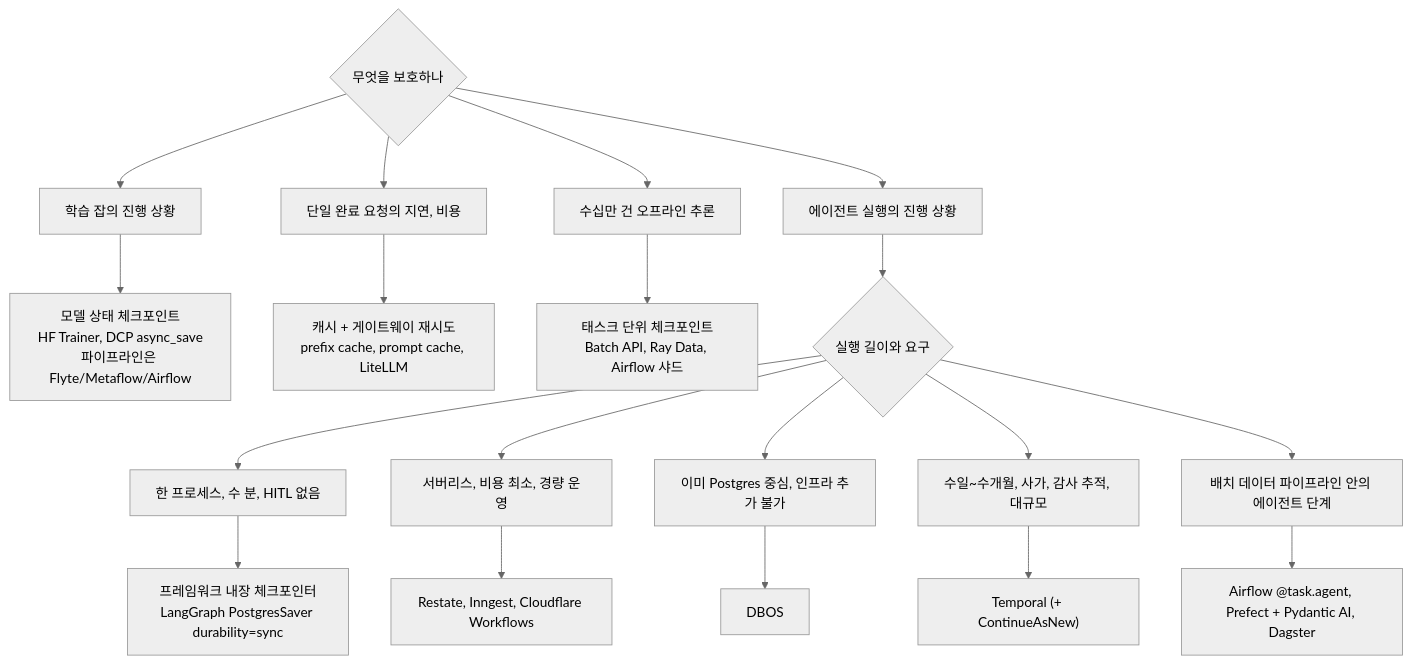
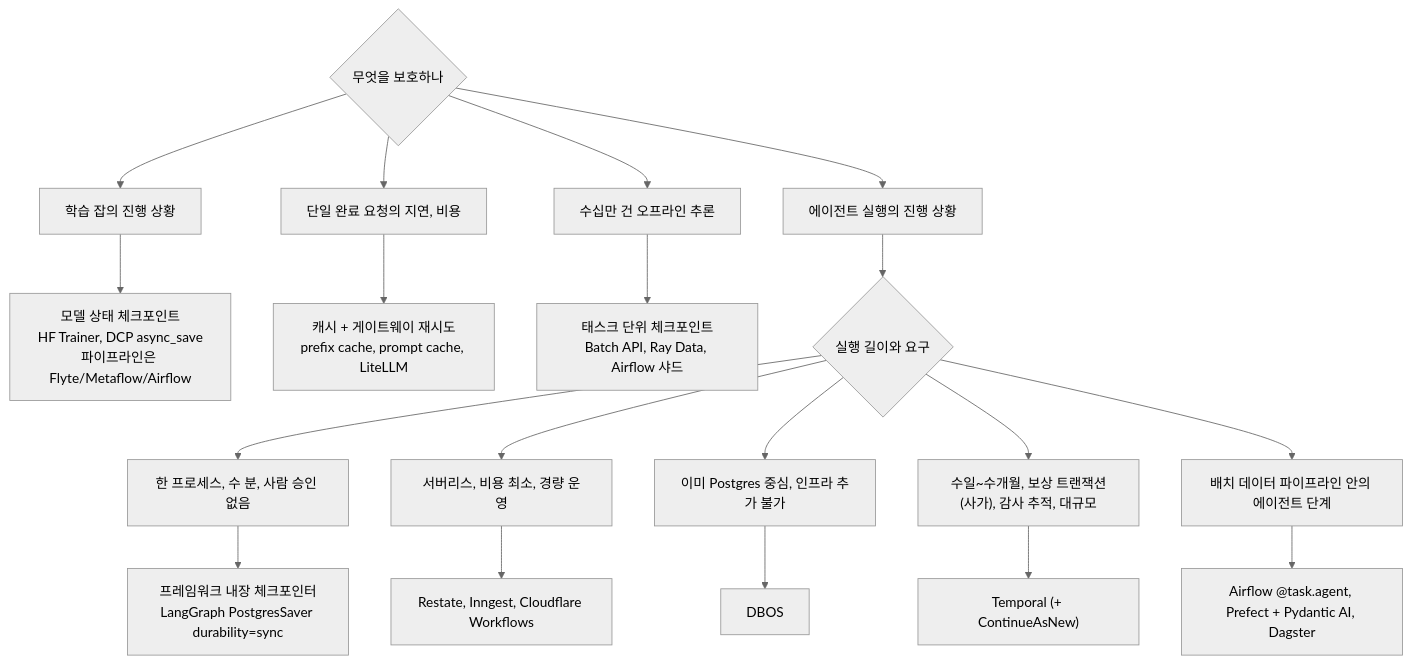
Before and after one commit to dotoryeee/blog: the second of 2 diagrams in docs/posts/AI/agent_checkpoint_durable_execution.md, drawn with Mermaid (neutral theme). The commit also changed other lines of this file and 1 other file, not shown here.

````diff
--- a/docs/posts/AI/agent_checkpoint_durable_execution.md
+++ b/docs/posts/AI/agent_checkpoint_durable_execution.md
@@ -319,21 +319,21 @@
 ```mermaid
 graph TD
     A{"무엇을 보호하나"} --> B["학습 잡의 진행 상황"]
     B --> B2["모델 상태 체크포인트<br>HF Trainer, DCP async_save<br>파이프라인은 Flyte/Metaflow/Airflow"]
     A --> C["단일 완료 요청의 지연, 비용"]
     C --> C2["캐시 + 게이트웨이 재시도<br>prefix cache, prompt cache, LiteLLM"]
     A --> D["수십만 건 오프라인 추론"]
     D --> D2["태스크 단위 체크포인트<br>Batch API, Ray Data, Airflow 샤드"]
     A --> E["에이전트 실행의 진행 상황"]
     E --> F{"실행 길이와 요구"}
-    F --> F1["한 프로세스, 수 분, HITL 없음"]
+    F --> F1["한 프로세스, 수 분, 사람 승인 없음"]
     F1 --> G1["프레임워크 내장 체크포인터<br>LangGraph PostgresSaver durability=sync"]
     F --> F2["서버리스, 비용 최소, 경량 운영"]
     F2 --> G2["Restate, Inngest, Cloudflare Workflows"]
     F --> F3["이미 Postgres 중심, 인프라 추가 불가"]
     F3 --> G3["DBOS"]
-    F --> F4["수일~수개월, 사가, 감사 추적, 대규모"]
+    F --> F4["수일~수개월, 보상 트랜잭션(사가), 감사 추적, 대규모"]
     F4 --> G4["Temporal (+ ContinueAsNew)"]
     F --> F5["배치 데이터 파이프라인 안의 에이전트 단계"]
     F5 --> G5["Airflow @task.agent, Prefect + Pydantic AI, Dagster"]
 ```
````
